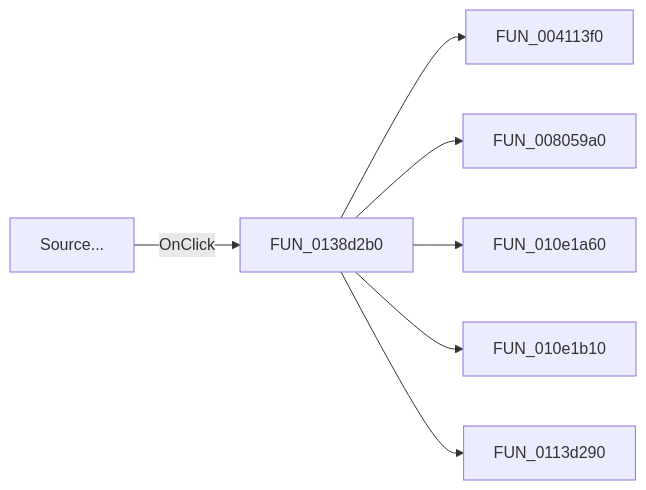
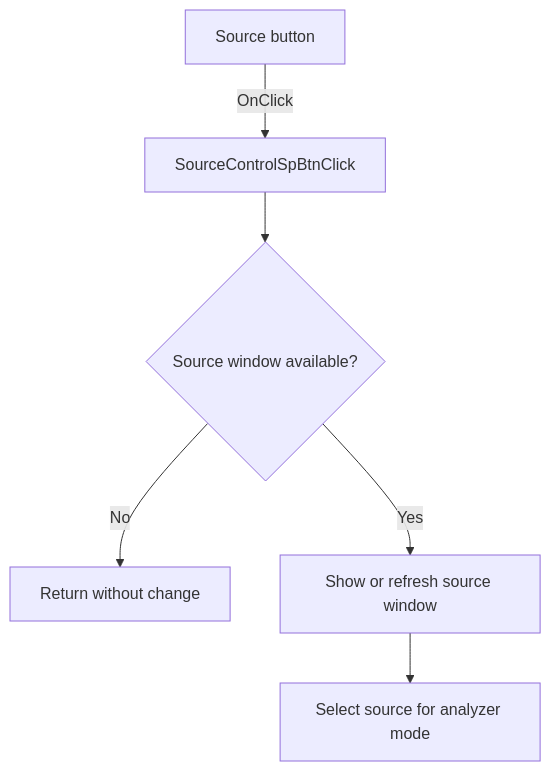
Before and after one commit to MovGP0/TIARA: the diagram in docs/ui-controls/signalanalyzerwin/sourcecontrolspbtn-b0b506a598.md, drawn with Mermaid. The commit also changed other lines of this file and 1062 other files, not shown here.

````diff
--- a/docs/ui-controls/signalanalyzerwin/sourcecontrolspbtn-b0b506a598.md
+++ b/docs/ui-controls/signalanalyzerwin/sourcecontrolspbtn-b0b506a598.md
@@ -27,9 +29,8 @@
 ```mermaid
-flowchart LR
-    control["Source..."] -->|OnClick| handler["FUN_0138d2b0"]
-    handler --> call1["FUN_004113f0"]
-    handler --> call2["FUN_008059a0"]
-    handler --> call3["FUN_010e1a60"]
-    handler --> call4["FUN_010e1b10"]
-    handler --> call5["FUN_0113d290"]
+flowchart TD
+    control["Source button"] -->|OnClick| handler["SourceControlSpBtnClick"]
+    handler --> ensure{"Source window available?"}
+    ensure -->|No| noop["Return without change"]
+    ensure -->|Yes| show["Show or refresh source window"]
+    show --> select["Select source for analyzer mode"]
 ```
````
